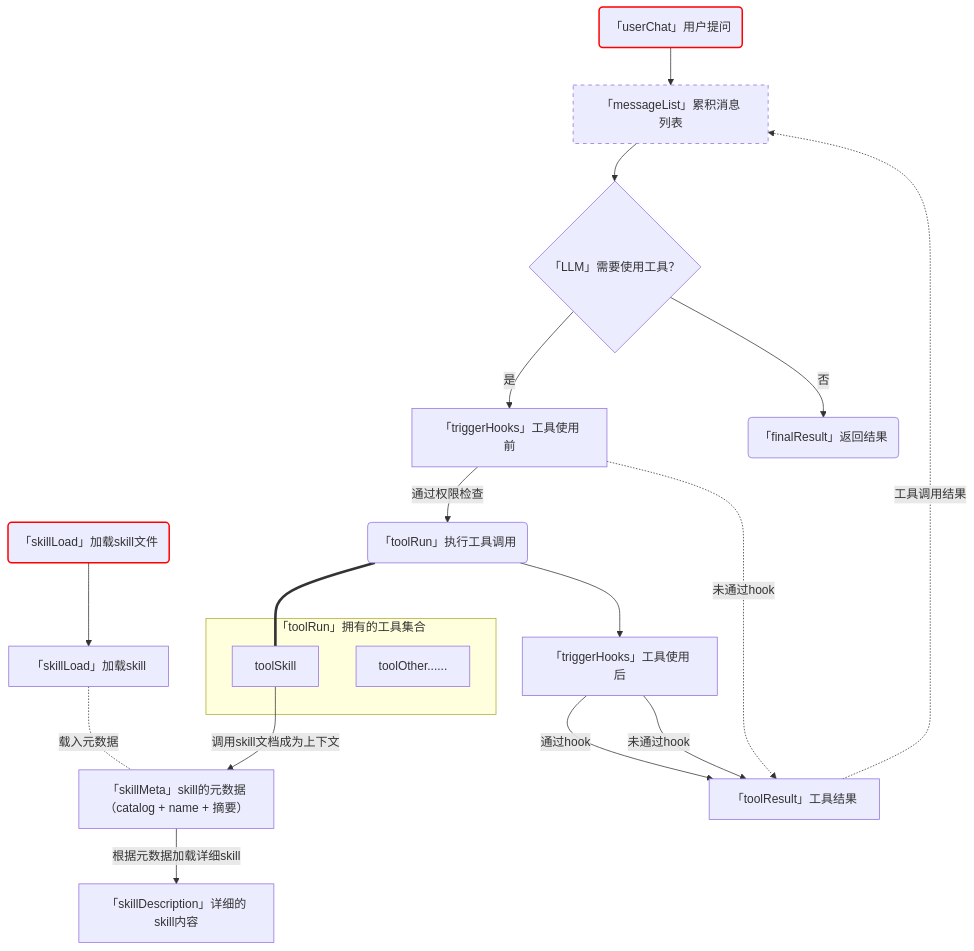
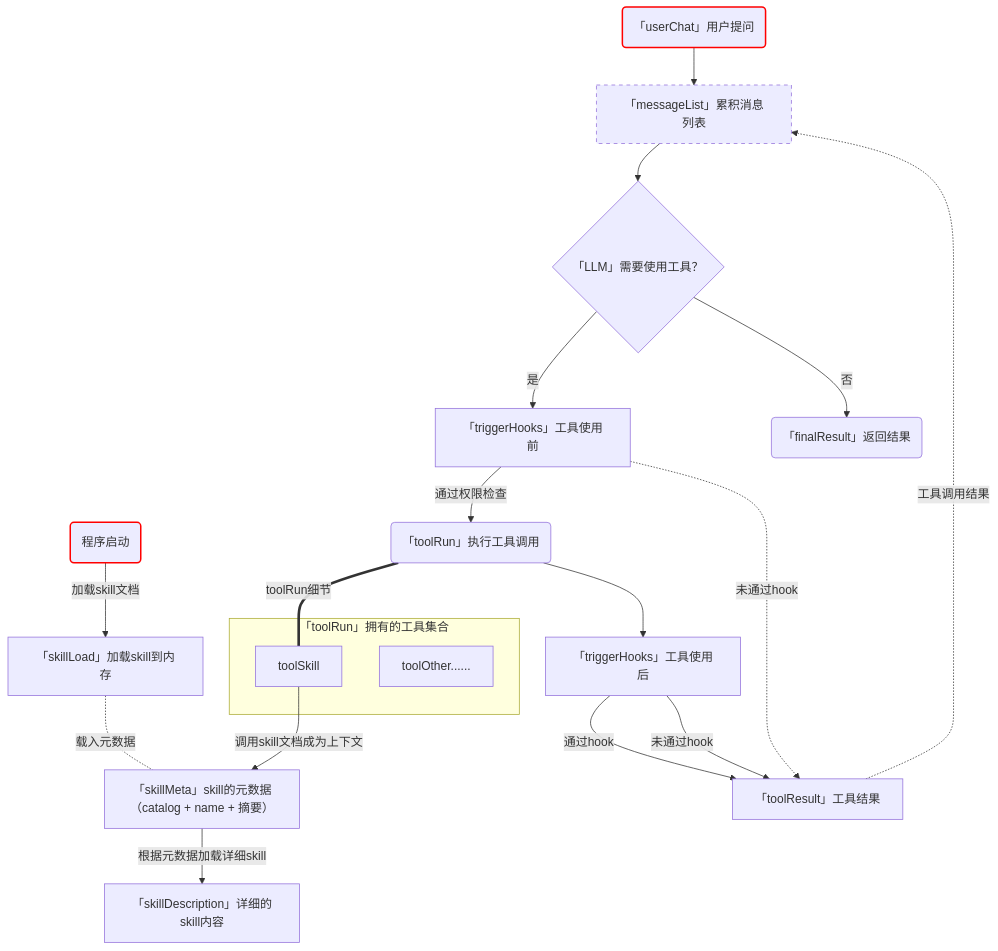
Before and after one commit to zjinc36/zjinc36.github.io: the diagram in 2026/20260904-learnClaudeCode_007_skill加载.md, drawn with Mermaid. The commit also changed 1 other file, not shown here.

````diff
--- a/2026/20260904-learnClaudeCode_007_skill加载.md
+++ b/2026/20260904-learnClaudeCode_007_skill加载.md
@@ -5,45 +5,45 @@
 ```mermaid
 flowchart TD
-    processStart@{shape: rounded, label: "「skillLoad」加载skill文件"}
-    skillLoad@{shape: rect, label: "「skillLoad」加载skill"}
+    processStart@{shape: rounded, label: "程序启动"}
+    skillLoad@{shape: rect, label: "「skillLoad」加载skill到内存"}
     skillMeta@{shape: rect, label: "「skillMeta」skill的元数据（catalog + name + 摘要）"}
     skillDescription@{shape: rect, label: "「skillDescription」详细的skill内容"}
 
-    processStart --> skillLoad
+    processStart --> |加载skill文档| skillLoad
     skillLoad -.-|载入元数据| skillMeta
 
 
     userChat@{shape: rounded, label: "「userChat」用户提问"}
     LLM@{shape: diamond, label: "「LLM」需要使用工具？" }
     toolRun@{shape: rounded, label: "「toolRun」执行工具调用"}
     finalResult@{shape: rounded, label: "「finalResult」返回结果"}
     messageList@{shape: rect, label: "「messageList」累积消息列表"}
     toolResult@{shape: rect, label: "「toolResult」工具结果"}
     hookPreToolUse@{shape: rect, label: "「triggerHooks」工具使用前"}
     hookPostToolUse@{shape: rect, label: "「triggerHooks」工具使用后"}
 
     subgraph toolBox[「toolRun」拥有的工具集合]
         toolSkill@{shape: rect, label: "toolSkill"}
         toolOther@{shape: rect, label: "toolOther......"}
     end
 
     userChat --> messageList
-    LLM -->|是| hookPreToolUse
-    hookPreToolUse -->|通过权限检查| toolRun
+    LLM --> |是| hookPreToolUse
+    hookPreToolUse --> |通过权限检查| toolRun
     hookPreToolUse -.->|未通过hook| toolResult
-    LLM -->|否| finalResult
-    toolRun === toolSkill
+    LLM --> |否| finalResult
+    toolRun === |toolRun细节| toolSkill
     toolSkill -->|调用skill文档成为上下文| skillMeta
     skillMeta -->|根据元数据加载详细skill| skillDescription
     toolRun --> hookPostToolUse
-    hookPostToolUse -->|通过hook| toolResult
-    hookPostToolUse -->|未通过hook| toolResult
-    toolResult -.->|工具调用结果| messageList
+    hookPostToolUse --> |通过hook| toolResult
+    hookPostToolUse --> |未通过hook| toolResult
+    toolResult -.-> |工具调用结果| messageList
     messageList --> LLM
 
     style userChat stroke:#ff0000, stroke-width:2px
     style processStart stroke:#ff0000, stroke-width:2px
 
     messageList:::dashedNode
     classDef dashedNode stroke-dasharray: 5 5
 ```
````
